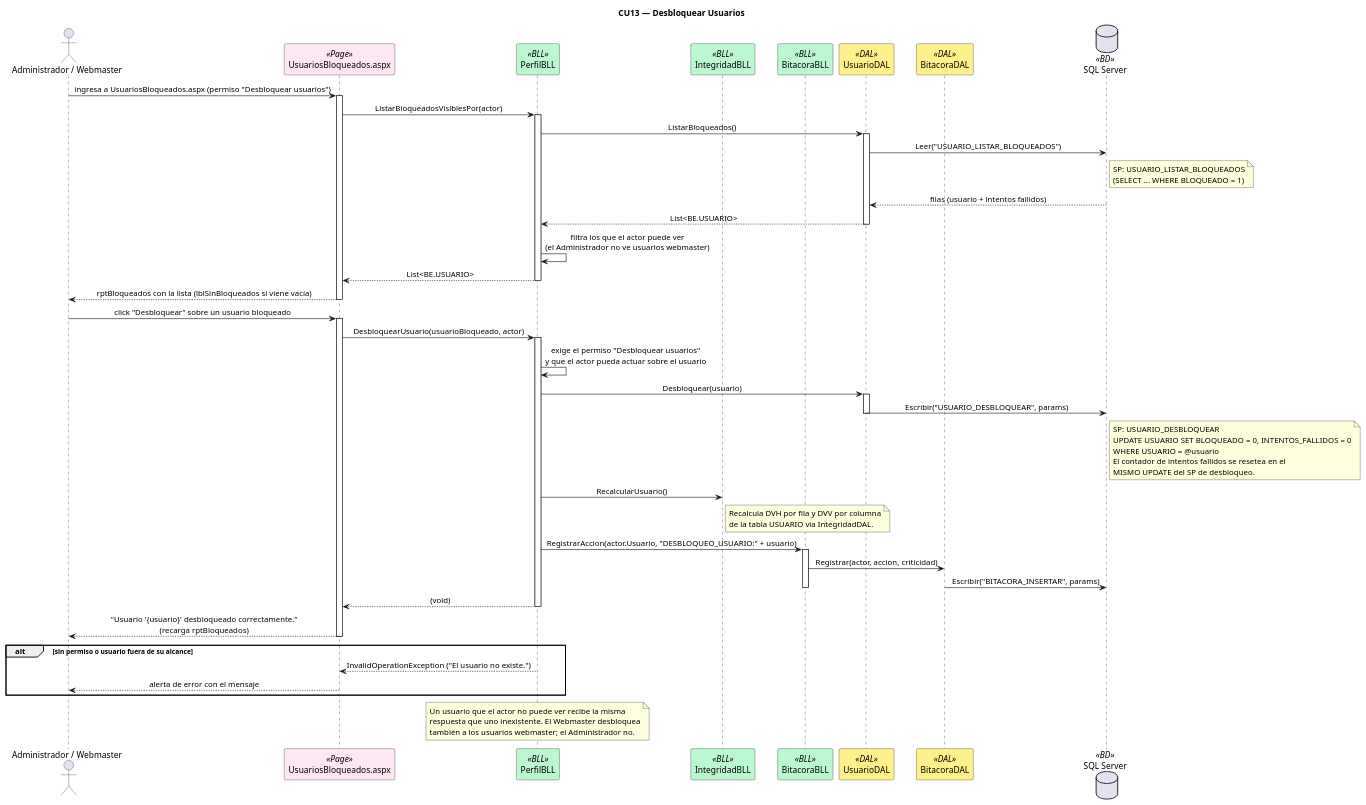
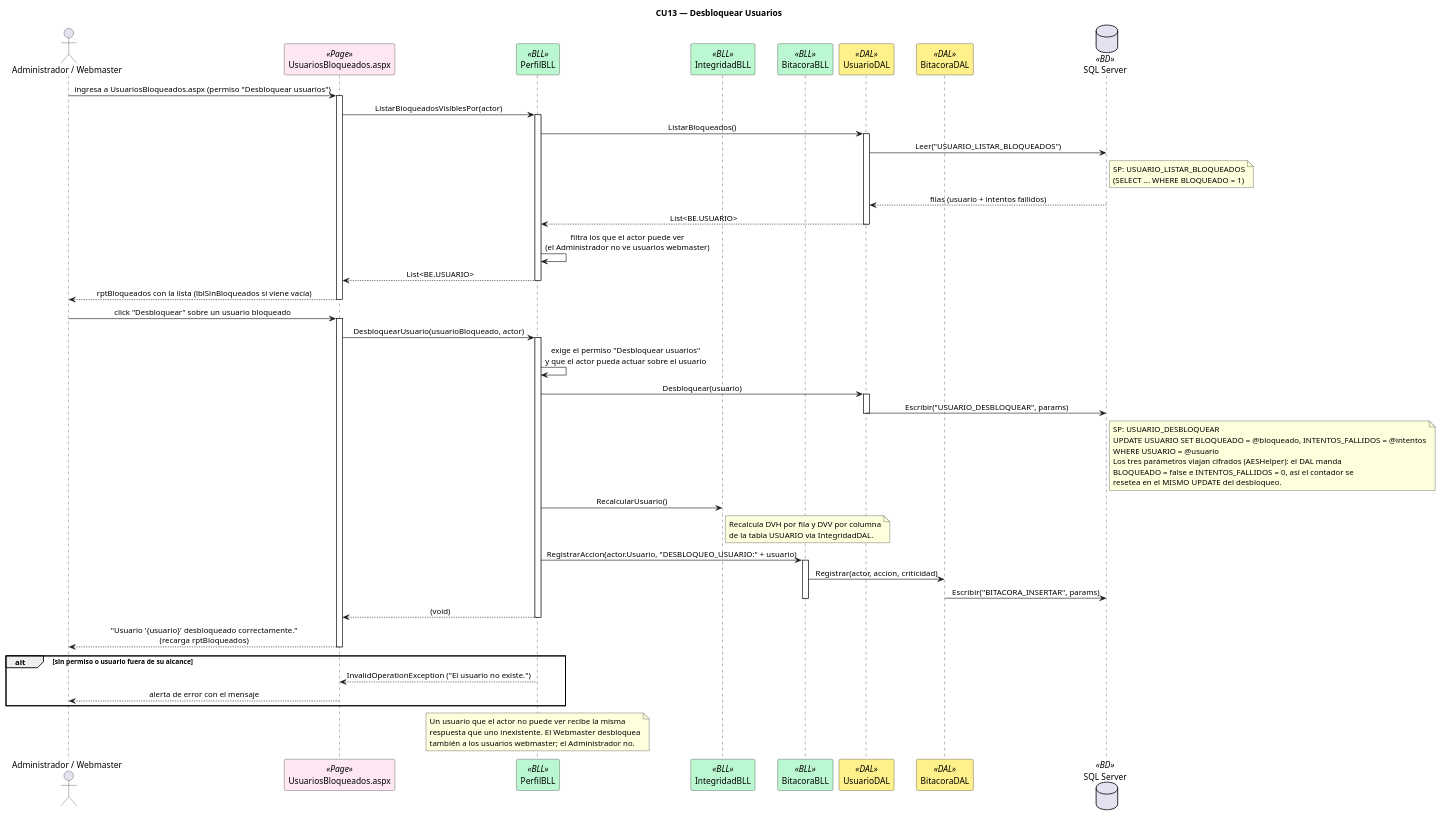
Before and after one commit to Urrels/tpDYAWeb: the diagram in DIAGRAMAS/Secuencia_CU13_DesbloquearUsuarios.puml, drawn with PlantUML. The commit also changed 38 other files, not shown here.

First line of the commit message:
docs(diagramas): actualizar diagramas al cifrado de datos y a los cambios de noviembre

```diff
--- a/DIAGRAMAS/Secuencia_CU13_DesbloquearUsuarios.puml
+++ b/DIAGRAMAS/Secuencia_CU13_DesbloquearUsuarios.puml
@@ -1,83 +1,84 @@
 @startuml Secuencia_CU13_DesbloquearUsuarios
 title CU13 — Desbloquear Usuarios
 skinparam sequenceMessageAlign center
 skinparam shadowing false
 skinparam sequenceParticipant {
     BackgroundColor<<Page>> #FCE7F3
     BackgroundColor<<BLL>> #BBF7D0
     BackgroundColor<<DAL>> #FEF08A
     BackgroundColor<<BD>> #DBEAFE
 }
 
 actor "Administrador / Webmaster" as ADM
 participant "UsuariosBloqueados.aspx" as PAGE <<Page>>
 participant "PerfilBLL" as BLL <<BLL>>
 participant "IntegridadBLL" as INTEG <<BLL>>
 participant "BitacoraBLL" as BITBLL <<BLL>>
 participant "UsuarioDAL" as DAL <<DAL>>
 participant "BitacoraDAL" as BITDAL <<DAL>>
 database "SQL Server" as DB <<BD>>
 
 ADM -> PAGE : ingresa a UsuariosBloqueados.aspx (permiso "Desbloquear usuarios")
 activate PAGE
 PAGE -> BLL : ListarBloqueadosVisiblesPor(actor)
 activate BLL
 BLL -> DAL : ListarBloqueados()
 activate DAL
 DAL -> DB : Leer("USUARIO_LISTAR_BLOQUEADOS")
 note right of DB : SP: USUARIO_LISTAR_BLOQUEADOS\n(SELECT ... WHERE BLOQUEADO = 1)
 DB --> DAL : filas (usuario + intentos fallidos)
 DAL --> BLL : List<BE.USUARIO>
 deactivate DAL
 BLL -> BLL : filtra los que el actor puede ver\n(el Administrador no ve usuarios webmaster)
 BLL --> PAGE : List<BE.USUARIO>
 deactivate BLL
 PAGE --> ADM : rptBloqueados con la lista (lblSinBloqueados si viene vacía)
 deactivate PAGE
 
 ADM -> PAGE : click "Desbloquear" sobre un usuario bloqueado
 activate PAGE
 PAGE -> BLL : DesbloquearUsuario(usuarioBloqueado, actor)
 activate BLL
 BLL -> BLL : exige el permiso "Desbloquear usuarios"\ny que el actor pueda actuar sobre el usuario
 
 BLL -> DAL : Desbloquear(usuario)
 activate DAL
 DAL -> DB : Escribir("USUARIO_DESBLOQUEAR", params)
 note right of DB
   SP: USUARIO_DESBLOQUEAR
-  UPDATE USUARIO SET BLOQUEADO = 0, INTENTOS_FALLIDOS = 0
+  UPDATE USUARIO SET BLOQUEADO = @bloqueado, INTENTOS_FALLIDOS = @intentos
   WHERE USUARIO = @usuario
-  El contador de intentos fallidos se resetea en el
-  MISMO UPDATE del SP de desbloqueo.
+  Los tres parámetros viajan cifrados (AESHelper): el DAL manda
+  BLOQUEADO = false e INTENTOS_FALLIDOS = 0, así el contador se
+  resetea en el MISMO UPDATE del desbloqueo.
 end note
 deactivate DAL
 
 BLL -> INTEG : RecalcularUsuario()
 note right of INTEG
   Recalcula DVH por fila y DVV por columna
   de la tabla USUARIO vía IntegridadDAL.
 end note
 BLL -> BITBLL : RegistrarAccion(actor.Usuario, "DESBLOQUEO_USUARIO:" + usuario)
 activate BITBLL
 BITBLL -> BITDAL : Registrar(actor, accion, criticidad)
 BITDAL -> DB : Escribir("BITACORA_INSERTAR", params)
 deactivate BITBLL
 
 BLL --> PAGE : (void)
 deactivate BLL
 PAGE --> ADM : "Usuario '{usuario}' desbloqueado correctamente."\n(recarga rptBloqueados)
 deactivate PAGE
 
 alt sin permiso o usuario fuera de su alcance
   BLL --> PAGE : InvalidOperationException ("El usuario no existe.")
   PAGE --> ADM : alerta de error con el mensaje
 end
 
 note over BLL
   Un usuario que el actor no puede ver recibe la misma
   respuesta que uno inexistente. El Webmaster desbloquea
   también a los usuarios webmaster; el Administrador no.
 end note
 
 @enduml
```
